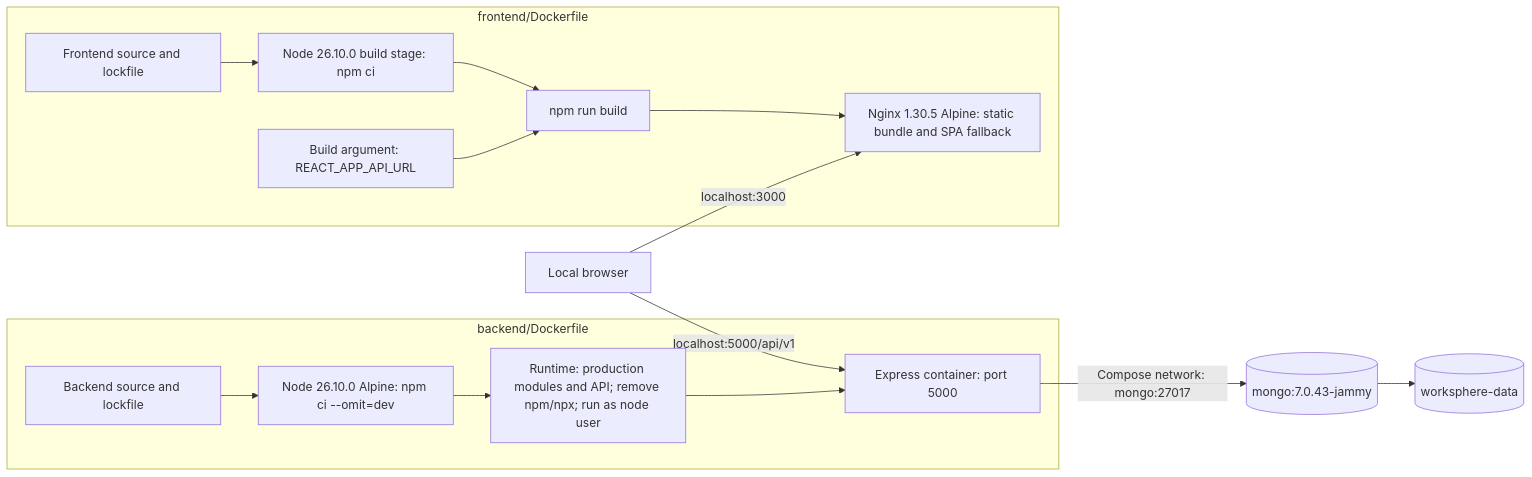
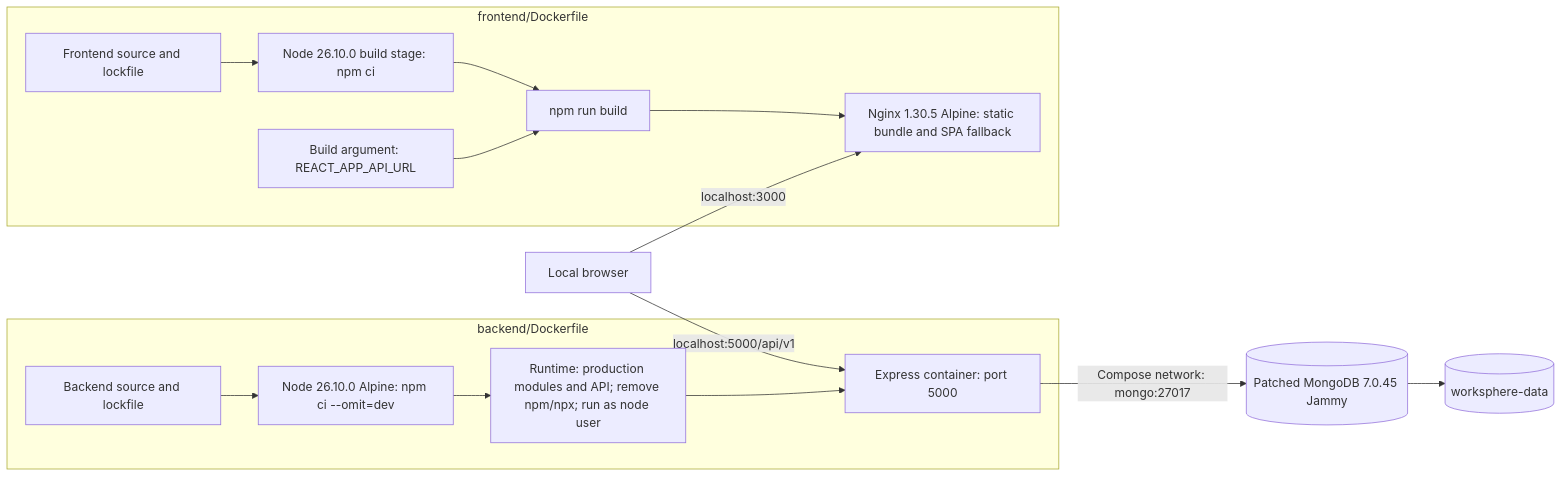
Diagram 31 of 52 in README.md (herve192-hub/WorkSphere), drawn with Mermaid before and after one commit. The commit also changed other lines of this file and 8 other files, not shown here.

````diff
--- a/README.md
+++ b/README.md
@@ -1513,18 +1518,18 @@
 ```mermaid
 flowchart LR
     subgraph APIBuild["backend/Dockerfile"]
         Backend["Backend source and lockfile"] --> APIInstall["Node 26.10.0 Alpine: npm ci --omit=dev"]
         APIInstall --> APIImage["Runtime: production modules and API; remove npm/npx; run as node user"]
         APIImage --> API["Express container: port 5000"]
     end
     subgraph WebBuild["frontend/Dockerfile"]
         Frontend["Frontend source and lockfile"] --> WebInstall["Node 26.10.0 build stage: npm ci"]
         URL["Build argument: REACT_APP_API_URL"] --> Bundle["npm run build"]
         WebInstall --> Bundle
         Bundle --> Nginx["Nginx 1.30.5 Alpine: static bundle and SPA fallback"]
     end
     Browser["Local browser"] -->|"localhost:3000"| Nginx
     Browser -->|"localhost:5000/api/v1"| API
-    API -->|"Compose network: mongo:27017"| Mongo[("mongo:7.0.43-jammy")]
+    API -->|"Compose network: mongo:27017"| Mongo[("Patched MongoDB 7.0.45 Jammy")]
     Mongo --> Volume[("worksphere-data")]
 ```
````
